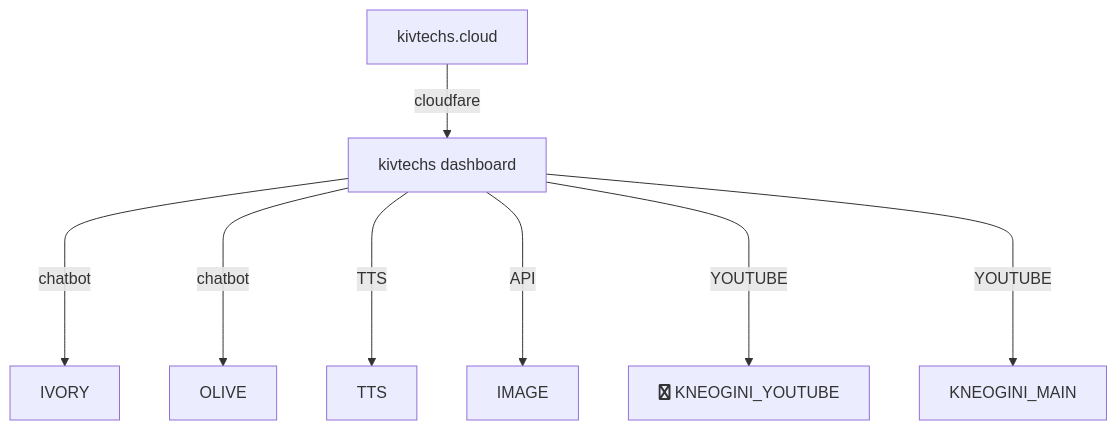
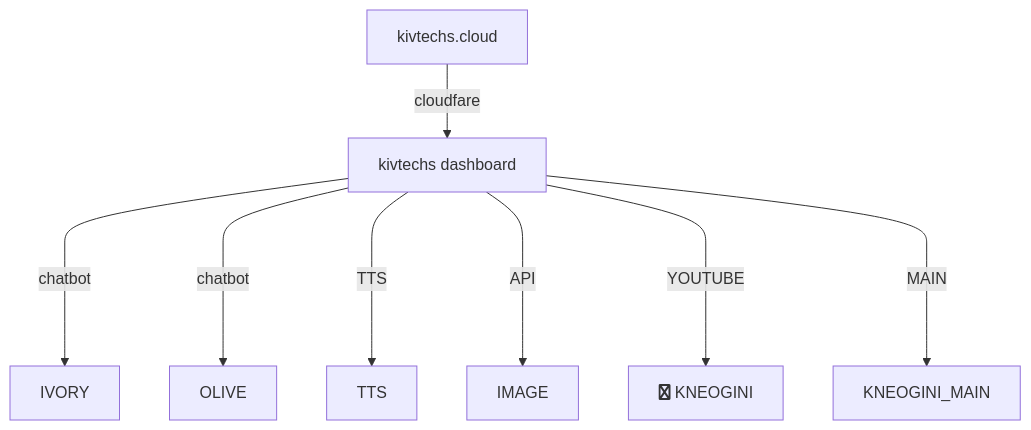
Before and after one commit to kivtechs-uml/kivtechs-uml: the diagram in README.md, drawn with Mermaid.

````diff
--- a/README.md
+++ b/README.md
@@ -6,14 +6,14 @@
 ```mermaid
 flowchart TD
     A[kivtechs.cloud] -->|cloudfare| B(kivtechs dashboard)
     B[kivtechs dashboard] ----> |chatbot| C1[IVORY]
     B[kivtechs dashboard] ----> |chatbot| C2[OLIVE]
     B[kivtechs dashboard] ----> |TTS| D[TTS]
     B[kivtechs dashboard] ----> |API| E[IMAGE]
- B[kivtechs dashboard] ----> |YOUTUBE| F[fa:fa-youtube KNEOGINI_YOUTUBE]
-B[kivtechs dashboard] ----> |YOUTUBE| G[KNEOGINI_MAIN]
+ B[kivtechs dashboard] ----> |YOUTUBE| F[fa:fa-youtube KNEOGINI]
+B[kivtechs dashboard] ----> |MAIN| G[KNEOGINI_MAIN]
 
 
 
 
 ```
````
